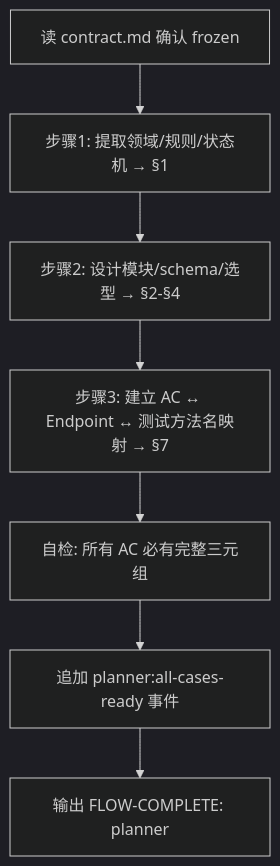
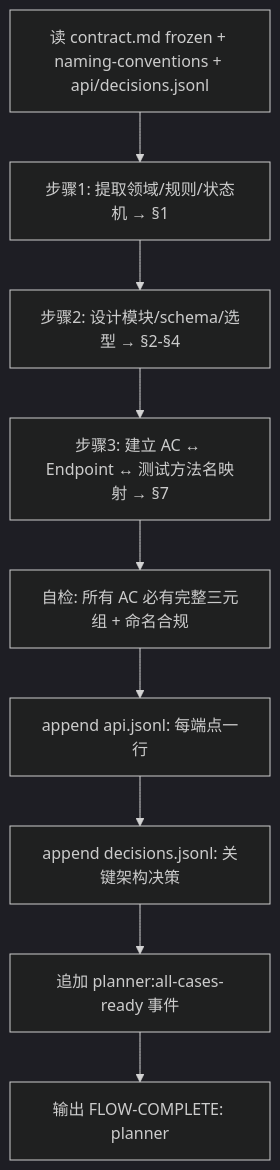
One commit to dd-xiaozhi/dev-agent-flow changed the diagram in .claude/agents/planner.md. Above: the diagram before and after it, drawn with Mermaid (dark theme). The commit also changed other lines of this file and 22 other files, not shown here.

````diff
--- a/.claude/agents/planner.md
+++ b/.claude/agents/planner.md
@@ -44,9 +64,11 @@
 ```mermaid
 flowchart TD
-    A[读 contract.md 确认 frozen] --> B[步骤1: 提取领域/规则/状态机 → §1]
+    A[读 contract.md frozen + naming-conventions + api/decisions.jsonl] --> B[步骤1: 提取领域/规则/状态机 → §1]
     B --> C[步骤2: 设计模块/schema/选型 → §2-§4]
     C --> D[步骤3: 建立 AC ↔ Endpoint ↔ 测试方法名映射 → §7]
-    D --> E[自检: 所有 AC 必有完整三元组]
-    E --> F[追加 planner:all-cases-ready 事件]
-    F --> G[输出 FLOW-COMPLETE: planner]
+    D --> E[自检: 所有 AC 必有完整三元组 + 命名合规]
+    E --> F[append api.jsonl: 每端点一行]
+    F --> G[append decisions.jsonl: 关键架构决策]
+    G --> H[追加 planner:all-cases-ready 事件]
+    H --> I[输出 FLOW-COMPLETE: planner]
 ```
````
